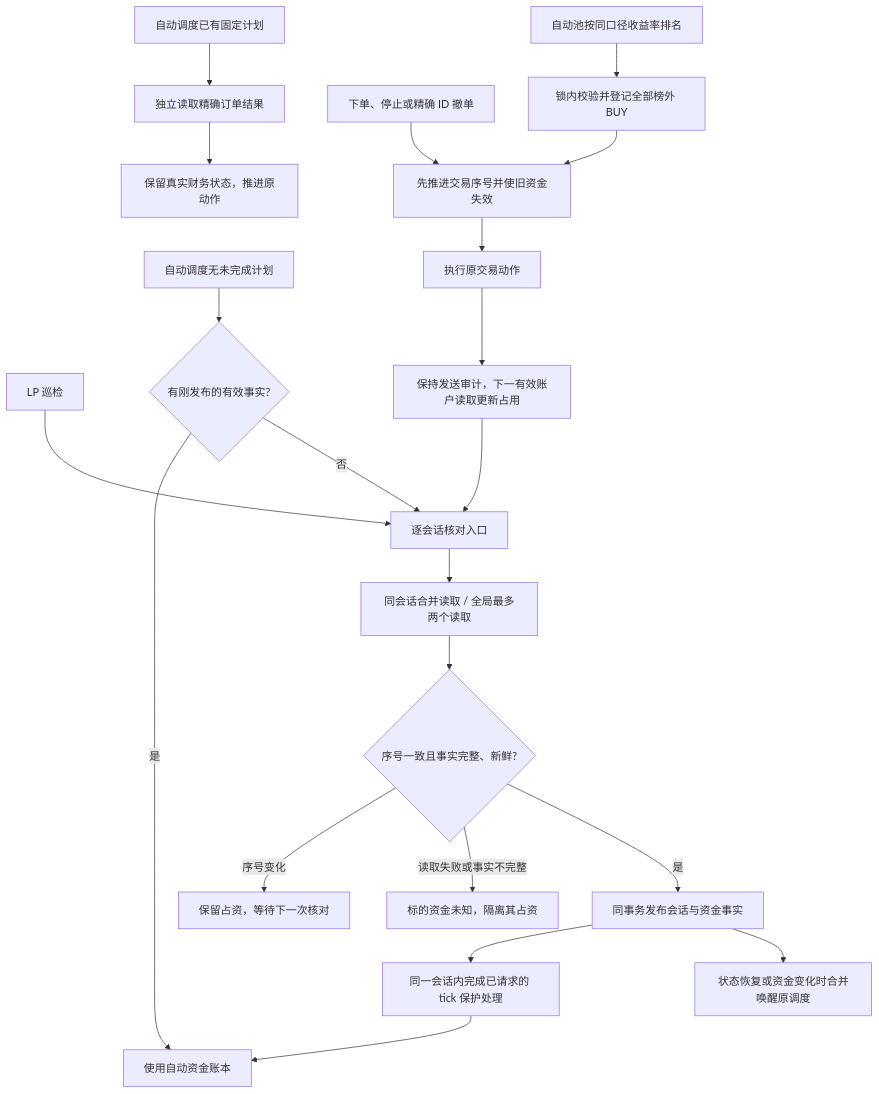
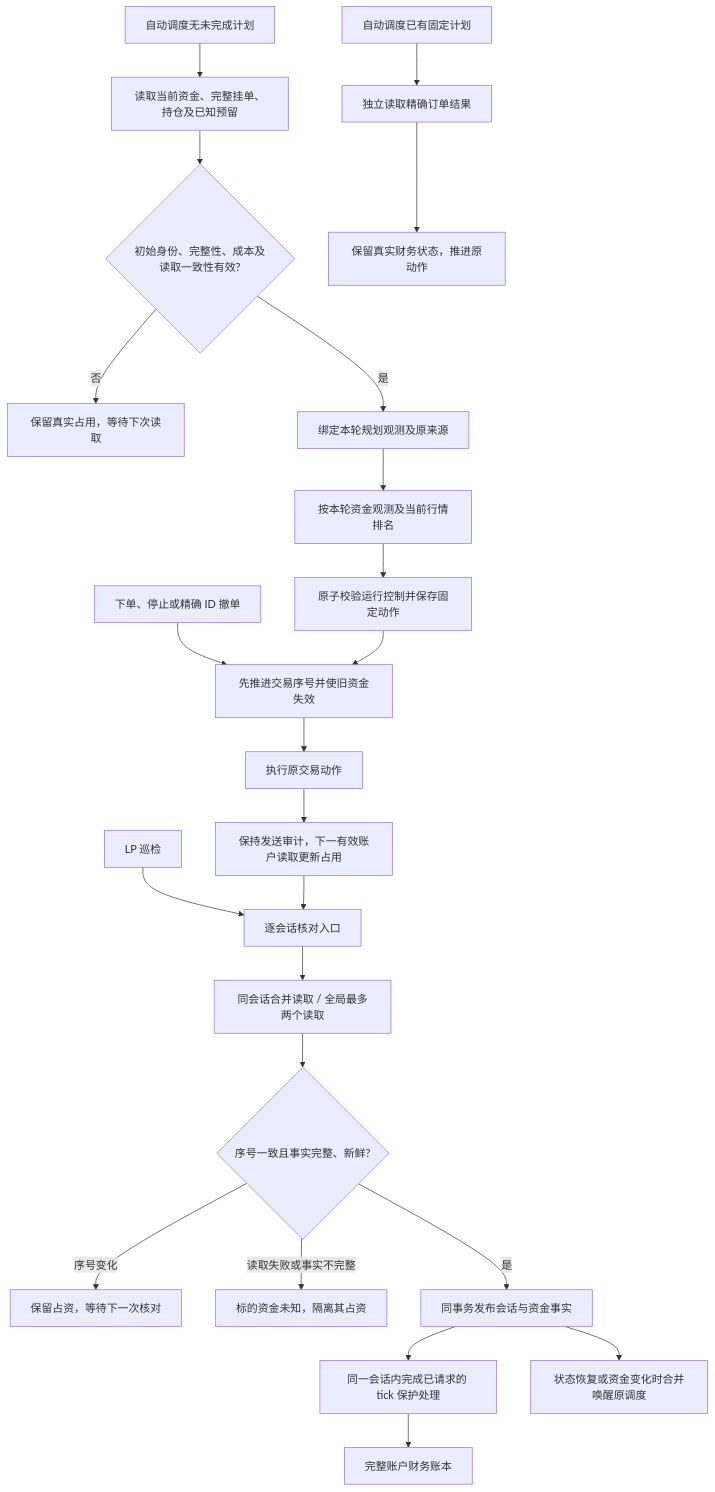
The diagram in docs/contexts/prediction-arbitrage/CONTEXT.md (raymizzou/open_trader), drawn with Mermaid before and after one commit. The commit also changed other lines of this file and 10 other files, not shown here.

Commit message:
fix(lp): bind each automatic round to one planning observation

````diff
--- a/docs/contexts/prediction-arbitrage/CONTEXT.md
+++ b/docs/contexts/prediction-arbitrage/CONTEXT.md
@@ -129,23 +129,26 @@
 ```mermaid
 flowchart TD
     Tick[LP 巡检] --> Shared[逐会话核对入口]
-    Auto[自动调度无未完成计划] --> Fresh{有刚发布的有效事实?}
+    Auto[自动调度无未完成计划] --> PlanningRead[读取当前资金、完整挂单、持仓及已知预留]
+    PlanningRead --> PlanningCheck{初始身份、完整性、成本及读取一致性有效?}
+    PlanningCheck -->|否| PlanWait[保留真实占用，等待下次读取]
+    PlanningCheck -->|是| Observation[绑定本轮规划观测及原来源]
+    Observation --> Rank
     AutoPlan[自动调度已有固定计划] --> Results[独立读取精确订单结果]
     Results --> Progress[保留真实财务状态，推进原动作]
-    Fresh -->|是| Ledger[使用自动资金账本]
-    Fresh -->|否| Shared
+    Ledger[完整账户财务账本]
     Shared --> Read[同会话合并读取 / 全局最多两个读取]
     Change[下单、停止或精确 ID 撤单] --> Fence[先推进交易序号并使旧资金失效]
-    Rank[自动池按同口径收益率排名] --> Batch[锁内校验并登记全部榜外 BUY]
+    Rank[按本轮资金观测及当前行情排名] --> Batch[原子校验运行控制并保存固定动作]
     Batch --> Fence
     Fence --> Send[执行原交易动作]
     Send --> Pending[保持发送审计，下一有效账户读取更新占用]
     Pending --> Shared
     Read --> Check{序号一致且事实完整、新鲜?}
     Check -->|序号变化| Retry[保留占资，等待下一次核对]
     Check -->|读取失败或事实不完整| Unknown[标的资金未知，隔离其占资]
     Check -->|是| Publish[同事务发布会话与资金事实]
     Publish --> Monitor[同一会话内完成已请求的 tick 保护处理]
     Monitor --> Ledger
     Publish --> Wake[状态恢复或资金变化时合并唤醒原调度]
 ```
````
